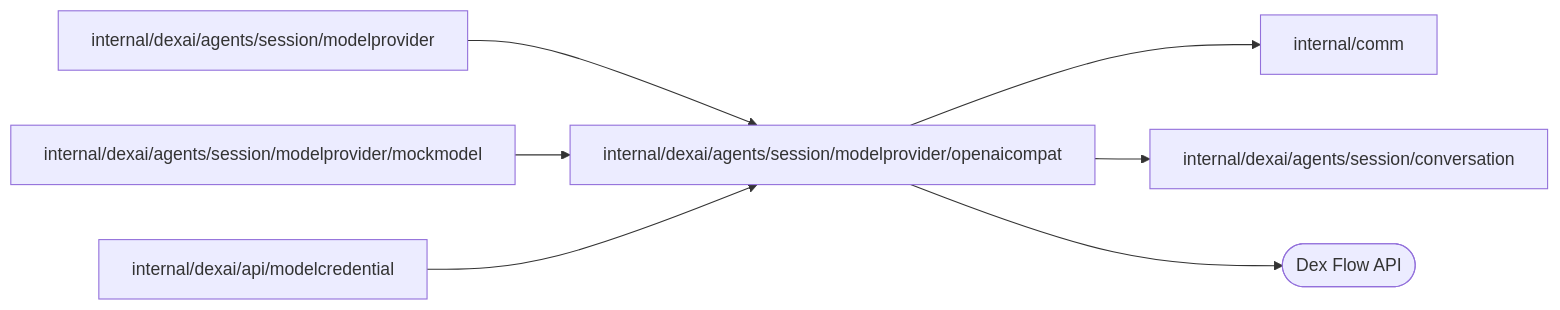
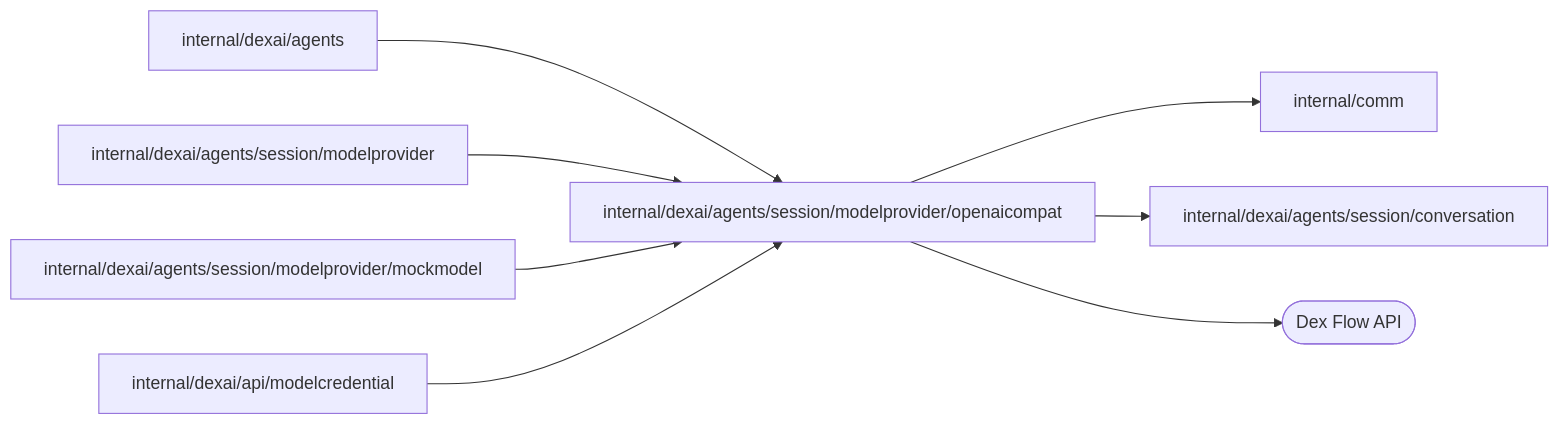
Before and after one commit to superdurable/superverse: the diagram in internal/dexai/agents/session/modelprovider/openaicompat/README.md, drawn with Mermaid. The commit also changed other lines of this file and 25 other files, not shown here.

````diff
--- a/internal/dexai/agents/session/modelprovider/openaicompat/README.md
+++ b/internal/dexai/agents/session/modelprovider/openaicompat/README.md
@@ -10,10 +10,11 @@
 ```mermaid
 flowchart LR
   self["internal/dexai/agents/session/modelprovider/openaicompat"]
-  c0["internal/dexai/agents/session/modelprovider"] --> self
-  c1["internal/dexai/agents/session/modelprovider/mockmodel"] --> self
-  c2["internal/dexai/api/modelcredential"] --> self
+  c0["internal/dexai/agents"] --> self
+  c1["internal/dexai/agents/session/modelprovider"] --> self
+  c2["internal/dexai/agents/session/modelprovider/mockmodel"] --> self
+  c3["internal/dexai/api/modelcredential"] --> self
   self --> d0["internal/comm"]
   self --> d1["internal/dexai/agents/session/conversation"]
   self --> e0(["Dex Flow API"])
 ```
````
